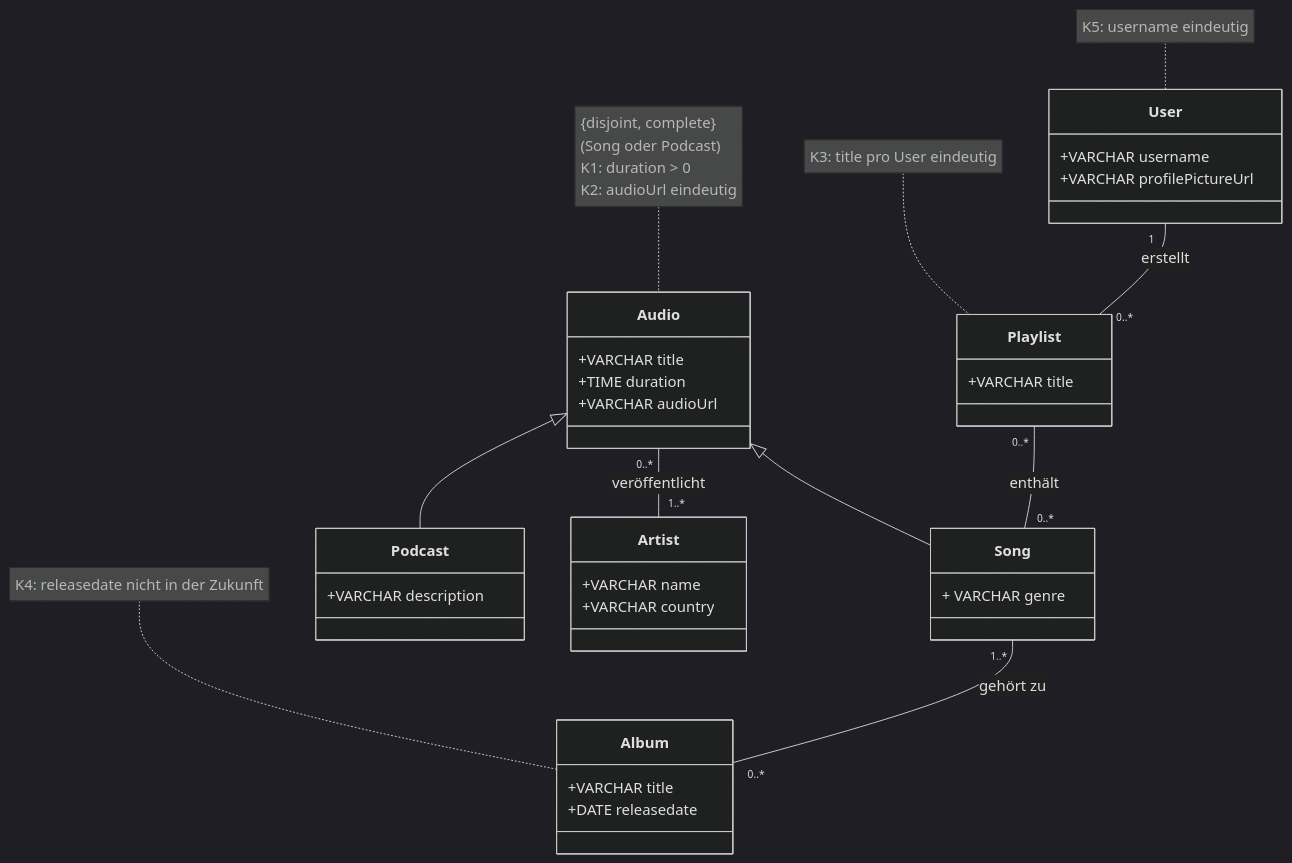
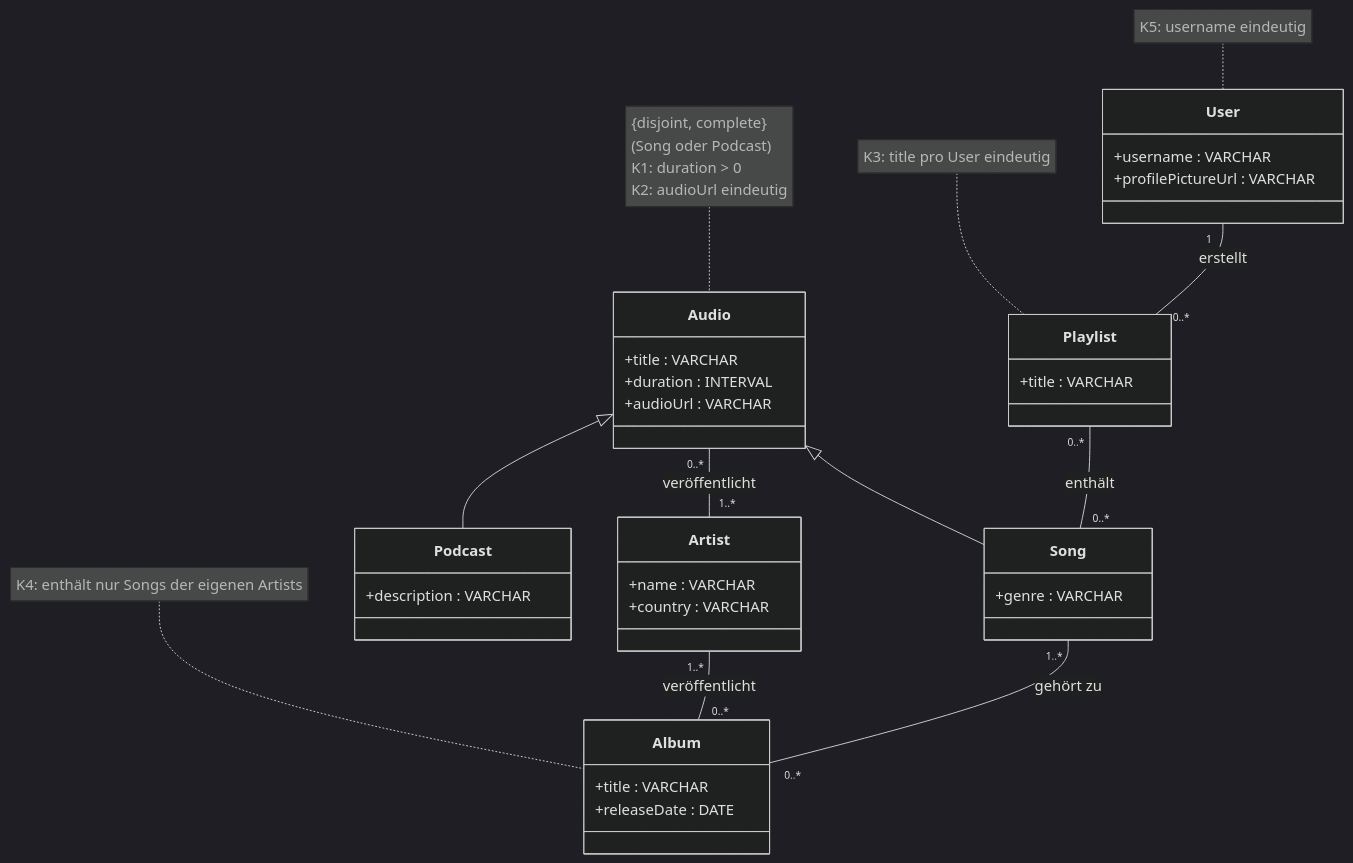
One commit to PatriceManser/dbs1-musikliederverwaltung changed the diagram in README.md. Above: the diagram before and after it, drawn with Mermaid (dark theme). The commit also changed other lines of this file and 2 other files, not shown here.

````diff
--- a/README.md
+++ b/README.md
@@ -21,41 +21,42 @@
 ```mermaid
 classDiagram
     class Audio {
-        +VARCHAR title
-        +TIME duration
-        +VARCHAR audioUrl
+        +title : VARCHAR
+        +duration : INTERVAL
+        +audioUrl : VARCHAR
     }
     class Song {
-        + VARCHAR genre
+        +genre : VARCHAR
     }
     class Podcast {
-        +VARCHAR description
+        +description : VARCHAR
     }
     class Artist {
-        +VARCHAR name
-        +VARCHAR country
+        +name : VARCHAR
+        +country : VARCHAR
     }
     class Album {
-        +VARCHAR title
-        +DATE releasedate
+        +title : VARCHAR
+        +releaseDate : DATE
     }
     class Playlist {
-        +VARCHAR title
+        +title : VARCHAR
     }
     class User {
-        +VARCHAR username
-        +VARCHAR profilePictureUrl
+        +username : VARCHAR
+        +profilePictureUrl : VARCHAR
     }
 
     Audio <|-- Song
     Audio <|-- Podcast
     Audio "0..*" -- "1..*" Artist : veröffentlicht
+    Artist "1..*" -- "0..*" Album : veröffentlicht
     Song "1..*" -- "0..*" Album : gehört zu
     User "1" -- "0..*" Playlist : erstellt
     Playlist "0..*" -- "0..*" Song : enthält
 
     note for Audio "{disjoint, complete} <br>(Song oder Podcast)<br>K1: duration > 0<br>K2: audioUrl eindeutig"
     note for Playlist "K3: title pro User eindeutig"
-    note for Album "K4: releasedate nicht in der Zukunft"
+    note for Album "K4: enthält nur Songs der eigenen Artists"
     note for User "K5: username eindeutig"
 ```
````
